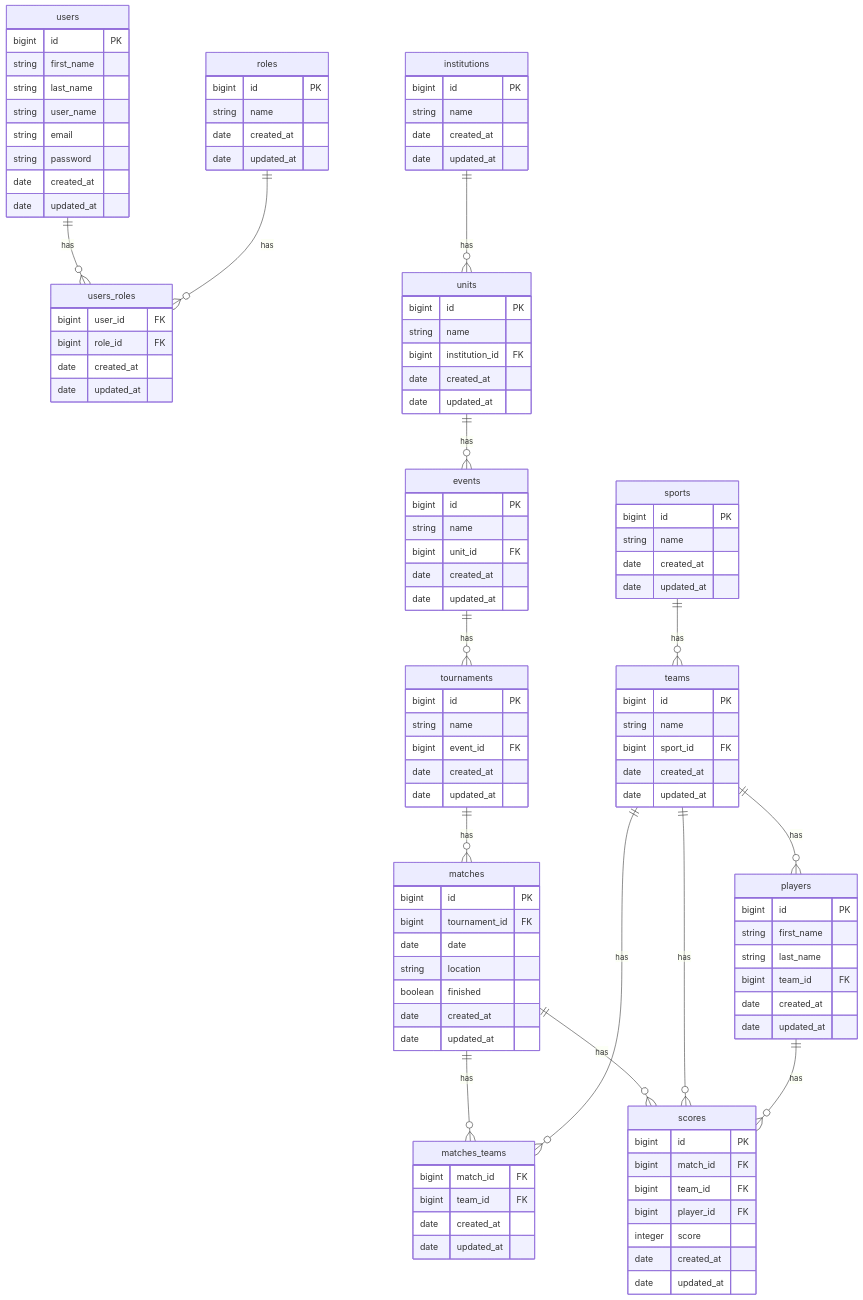
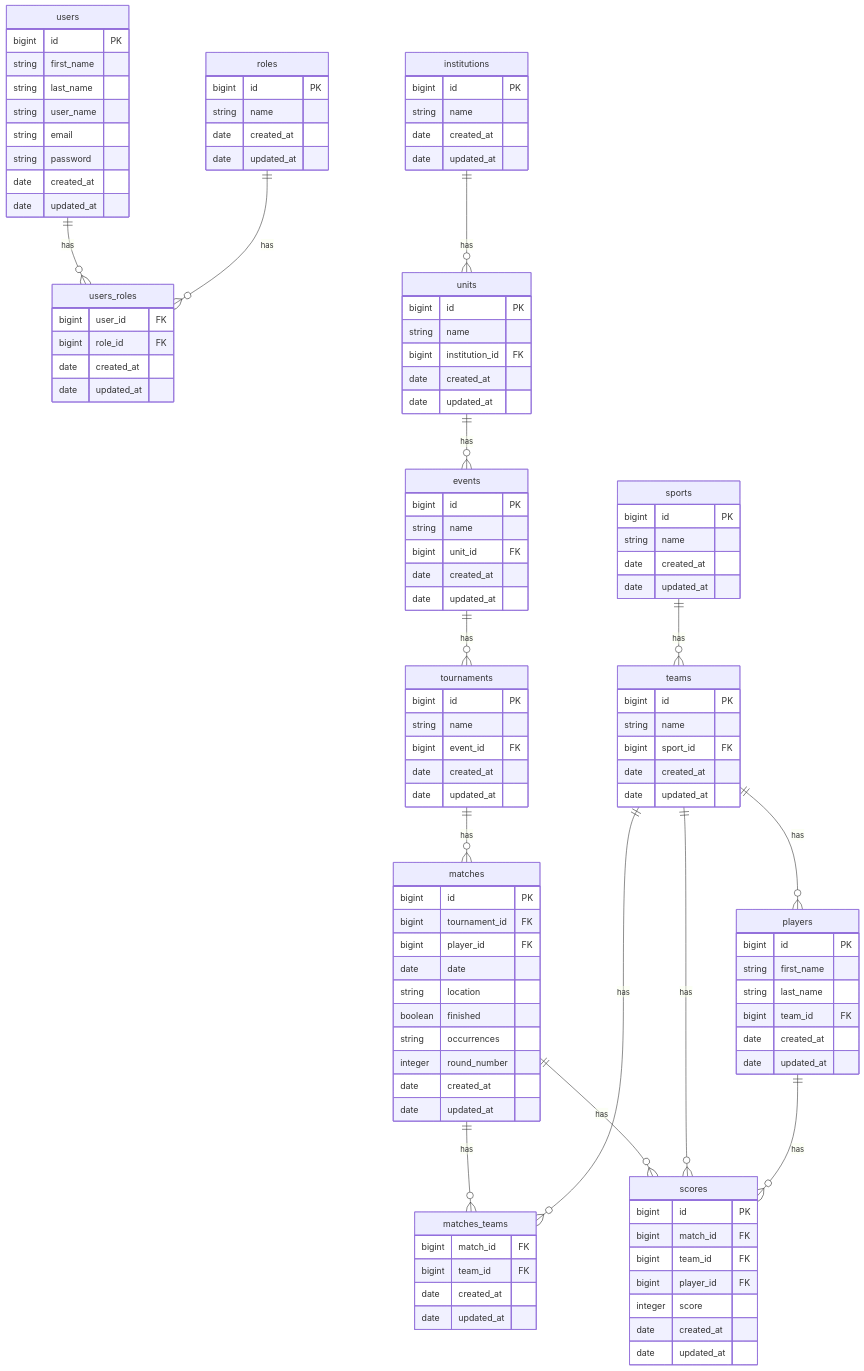
The diagram in README.md (rgomide/gerenciador-torneio), drawn with Mermaid before and after one commit.

Commit message:
adiconei no modelo os campos de round_number, occurences e player_id

```diff
--- a/README.md
+++ b/README.md
@@ -112,9 +112,12 @@
     matches {
       bigint id PK
       bigint tournament_id FK
+      bigint player_id FK
       date date
       string location
       boolean finished
+      string occurrences
+      integer round_number
       date created_at
       date updated_at
     }
```
